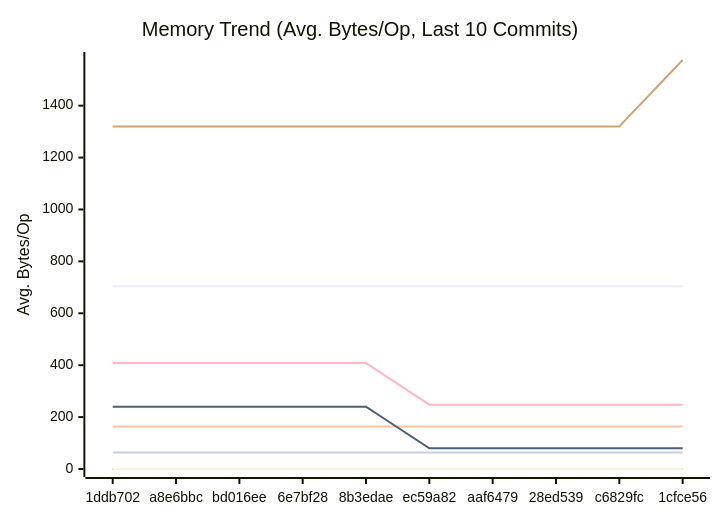
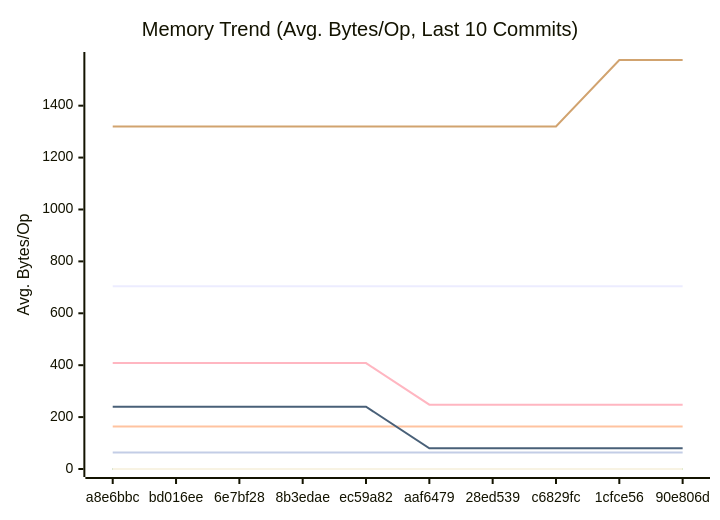
The second of 3 diagrams in docs/PERFORMANCE.md (alsotoes/momo), drawn with Mermaid before and after one commit. The commit also changed other lines of this file and 3 other files, not shown here.

````diff
--- a/docs/PERFORMANCE.md
+++ b/docs/PERFORMANCE.md
@@ -154,18 +152,18 @@
 ```mermaid
 xychart-beta
     title "Memory Trend (Avg. Bytes/Op, Last 10 Commits)"
     x-axis "Commit"
     y-axis "Avg. Bytes/Op"
-    x-axis [1ddb702,a8e6bbc,bd016ee,6e7bf28,8b3edae,ec59a82,aaf6479,28ed539,c6829fc,1cfce56]
+    x-axis [a8e6bbc,bd016ee,6e7bf28,8b3edae,ec59a82,aaf6479,28ed539,c6829fc,1cfce56,90e806d]
     line "CheckMetricsAndSwap" [0,0,0,0,0,0,0,0,0,0]
     line "CrushOptimized" [0,0,0,0,0,0,0,0,0,0]
     line "CrushOriginal" [164,164,164,164,164,164,164,164,164,164]
     line "IndexDirectTracking" [0,0,0,0,0,0,0,0,0,0]
     line "IndexSearch" [0,0,0,0,0,0,0,0,0,0]
-    line "LoadGlobalConfig" [1320,1320,1320,1320,1320,1320,1320,1320,1320,1576]
+    line "LoadGlobalConfig" [1320,1320,1320,1320,1320,1320,1320,1320,1576,1576]
     line "PadString" [64,64,64,64,64,64,64,64,64,64]
     line "ParseReplicationOrder_NoPrealloc" [408,408,408,408,408,248,248,248,248,248]
     line "ParseReplicationOrder_Prealloc" [240,240,240,240,240,80,80,80,80,80]
     line "SanitizeLog/Safe" [0,0,0,0,0,0,0,0,0,0]
     line "SanitizeLog/Unsafe" [704,704,704,704,704,704,704,704,704,704]
 ```
````
